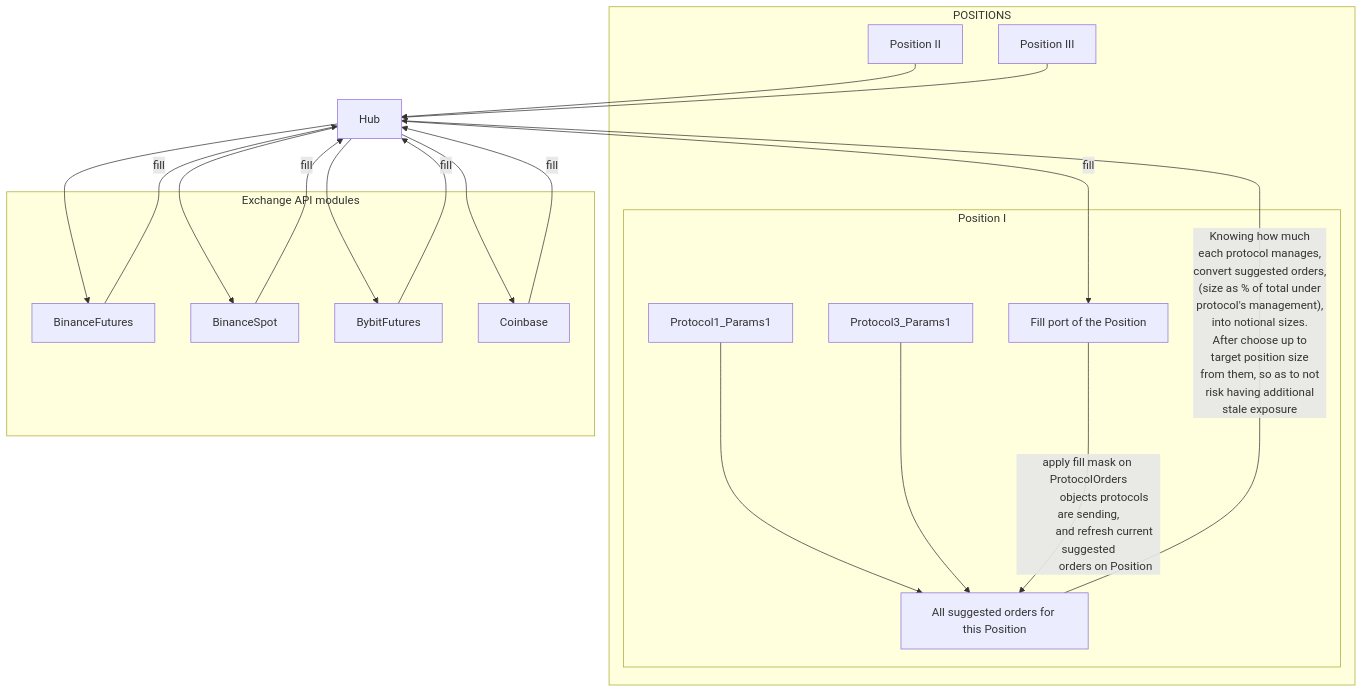
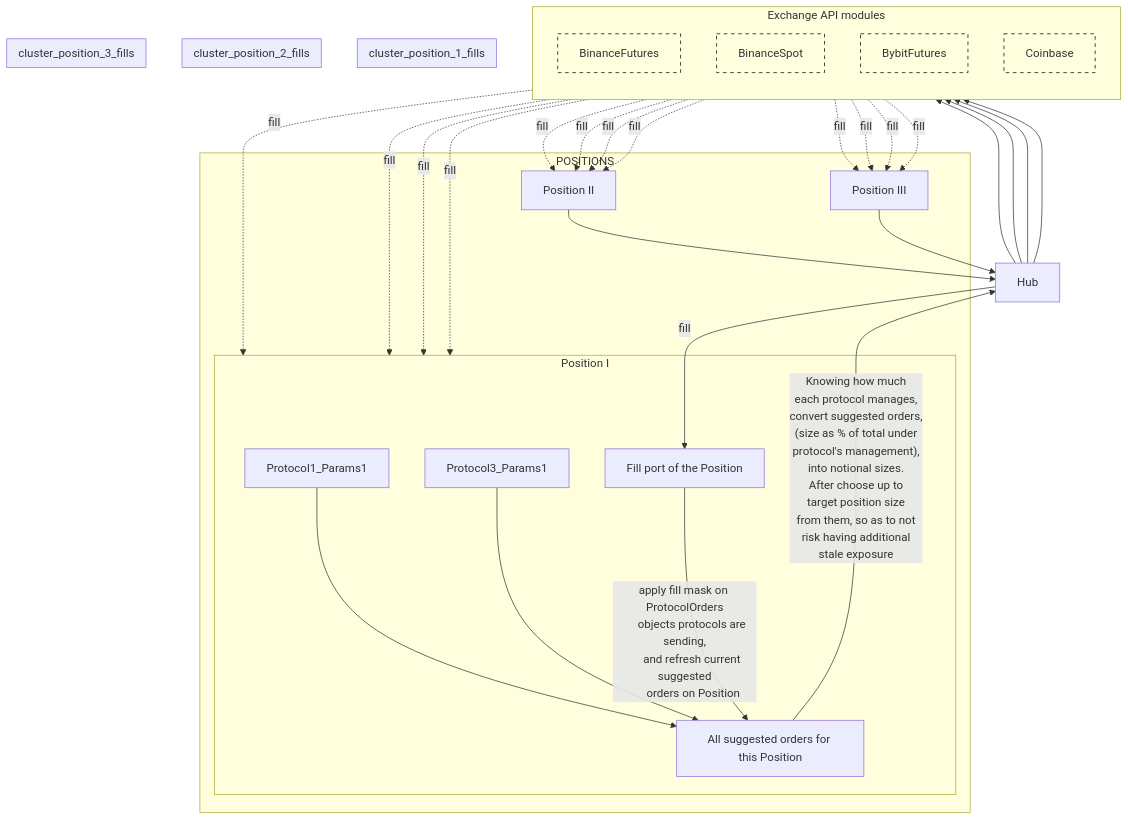
Before and after one commit to valeratrades/discretionary_engine: the diagram in docs/ARCHITECTURE.md, drawn with Mermaid. The commit also changed 1 other file, not shown here.

Commit message:
docs: architecture.md

````diff
--- a/docs/ARCHITECTURE.md
+++ b/docs/ARCHITECTURE.md
@@ -2,53 +2,78 @@
 ```mermaid
 flowchart TD
-    Hub["Hub"]
+  Hub["Hub"]
 
-    subgraph positions ["POSITIONS"]
-        subgraph cluster_position_1 ["Position I"]
-            Protocol1_Params1 --> S
-            Protocol3_Params1 --> S
+  subgraph positions ["POSITIONS"]
+    subgraph cluster_position_1 ["Position I"]
+      Protocol1_Params1 --> S
+      Protocol3_Params1 --> S
 
-            F --> |"apply fill mask on ProtocolOrders
-            objects protocols are sending,
-            and refresh current suggested
-            orders on Position"| S
+      F --> |"apply fill mask on ProtocolOrders
+      objects protocols are sending,
+      and refresh current suggested
+      orders on Position"| S
 
-            S["All suggested orders for this Position"]
+      S["All suggested orders for this Position"]
 
-            F["Fill port of the Position"]
-        end
-        PositionII["Position II"]
-        PositionIII["Position III"]
+      F["Fill port of the Position"]
     end
-    PositionII --> Hub
-    PositionIII --> Hub
-    S --> |"Knowing how much
-    each protocol manages,
-    convert suggested orders,
-    (size as % of total under
-    protocol's management),
-    into notional sizes.
-    After choose up to
-    target position size
-    from them, so as to not
-    risk having additional
-    stale exposure"| Hub
-    Hub -->|"fill"| F
+    PositionII["Position II"]
+    PositionIII["Position III"]
+  end
+  PositionII --> Hub
+  PositionIII --> Hub
+  S --> |"Knowing how much
+  each protocol manages,
+  convert suggested orders,
+  (size as % of total under
+  protocol's management),
+  into notional sizes.
+  After choose up to
+  target position size
+  from them, so as to not
+  risk having additional
+  stale exposure"| Hub
+  Hub -->|"fill"| F
 
+  subgraph cluster_exchanges ["Exchange API modules"]
+    direction TB
+    BinanceFutures
+    BinanceSpot
+    BybitFutures
+    Coinbase
+  end
 
-    subgraph cluster_exchanges ["Exchange API modules"]
-        BinanceFutures
-        BinanceSpot
-        BybitFutures
-        Coinbase
-    end
+  Hub --> BinanceFutures
+  Hub --> BinanceSpot
+  Hub --> BybitFutures
+  Hub --> Coinbase
+
+  subgraph cluster_position_1_fills
+    direction TB
+    BinanceFutures -.->|"fill"| cluster_position_1
+    BinanceSpot -.->|"fill"| cluster_position_1
+    BybitFutures -.->|"fill"| cluster_position_1
+    Coinbase -.->|"fill"| cluster_position_1
+  end
   
-    BinanceFutures -->|"fill"| Hub
-    BinanceSpot -->|"fill"| Hub
-    BybitFutures -->|"fill"| Hub
-    Coinbase -->|"fill"| Hub
-    Hub --> BinanceFutures
-    Hub --> BinanceSpot
-    Hub --> BybitFutures
-    Hub --> Coinbase
+  subgraph cluster_position_2_fills
+    direction TB
+    BinanceFutures -.->|"fill"| PositionII
+    BinanceSpot -.->|"fill"| PositionII
+    BybitFutures -.->|"fill"| PositionII
+    Coinbase -.->|"fill"| PositionII
+  end
+  
+  subgraph cluster_position_3_fills
+    direction TB
+    BinanceFutures -.->|"fill"| PositionIII
+    BinanceSpot -.->|"fill"| PositionIII
+    BybitFutures -.->|"fill"| PositionIII
+    Coinbase -.->|"fill"| PositionIII
+  end
+
+  style BinanceFutures fill:none,stroke:#000,stroke-width:1,stroke-dasharray: 5
+  style BinanceSpot fill:none,stroke:#000,stroke-width:1,stroke-dasharray: 5
+  style BybitFutures fill:none,stroke:#000,stroke-width:1,stroke-dasharray: 5
+  style Coinbase fill:none,stroke:#000,stroke-width:1,stroke-dasharray: 5
 ```
````
